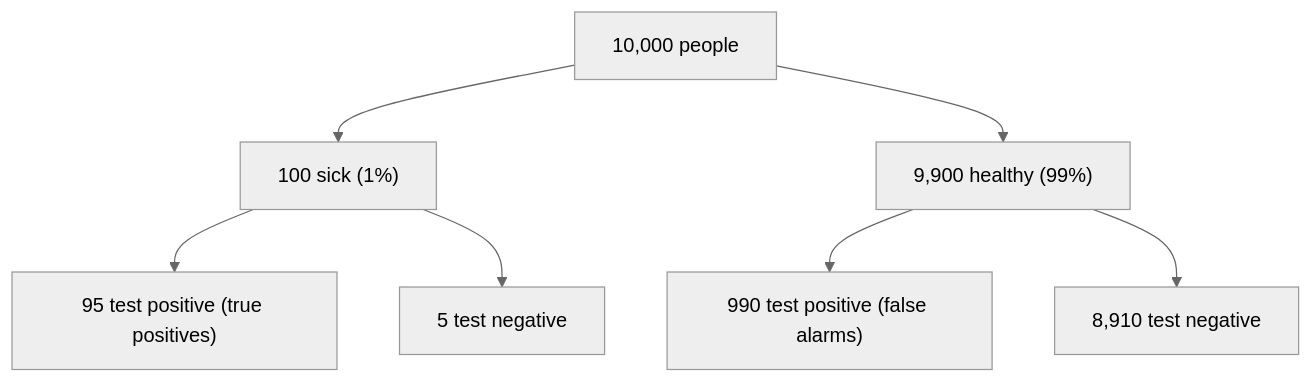
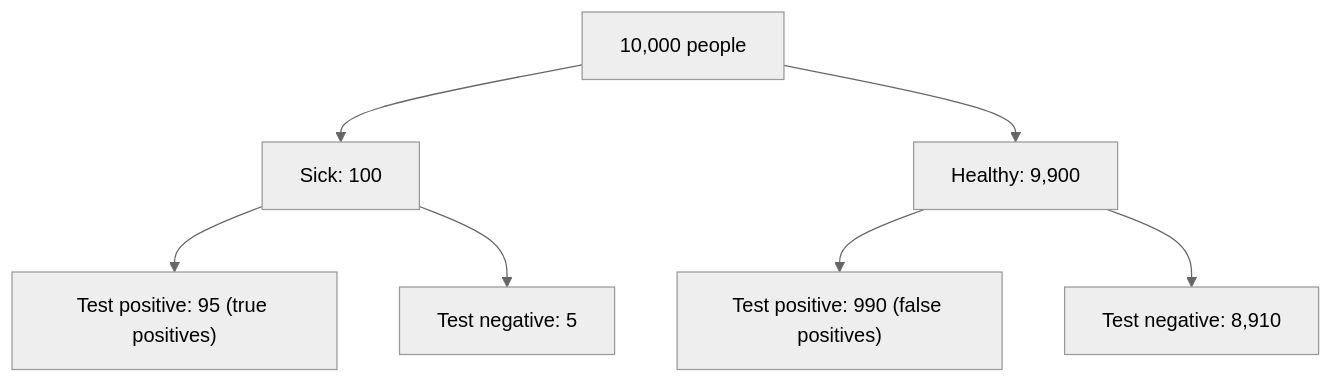
Before and after one commit to vrevolverrr/vicher: the diagram in eval/figure/generated/haiku/s-bayes.md, drawn with Mermaid (neutral theme). The commit also changed other lines of this file and 243 other files, not shown here.

First line of the commit message:
feat(figure): replace tags with groups and states (#13)

````diff
--- a/eval/figure/generated/haiku/s-bayes.md
+++ b/eval/figure/generated/haiku/s-bayes.md
@@ -5,9 +5,9 @@
 ```mermaid
 flowchart TD
-  A["10,000 people"] --> B["100 sick (1%)"]
-  A --> C["9,900 healthy (99%)"]
-  B --> D["95 test positive (true positives)"]
-  B --> E["5 test negative"]
-  C --> F["990 test positive (false alarms)"]
-  C --> G["8,910 test negative"]
+  A["10,000 people"] --> B["Sick: 100"]
+  A --> C["Healthy: 9,900"]
+  B --> D["Test positive: 95 (true positives)"]
+  B --> E["Test negative: 5"]
+  C --> F["Test positive: 990 (false positives)"]
+  C --> G["Test negative: 8,910"]
 ```
````
